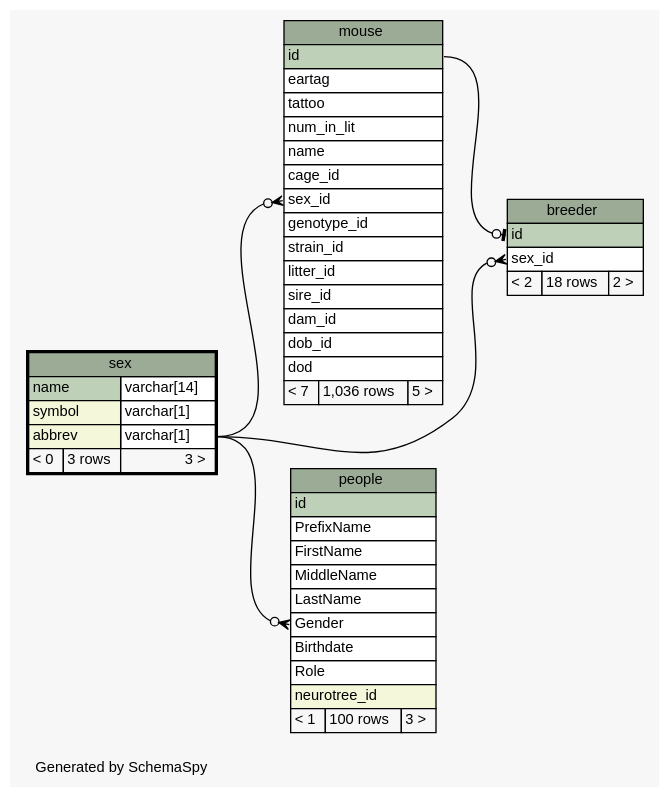
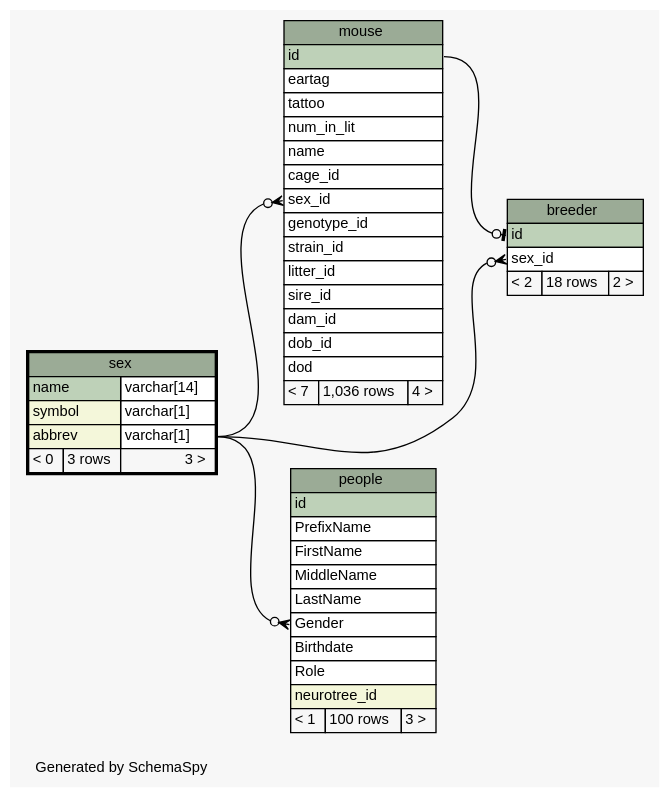
Before and after one commit to tgbugs/mlab: the diagram in database/ss/diagrams/sex.1degree.dot, drawn with Graphviz. The commit also changed 185 other files, not shown here.

```diff
--- a/database/ss/diagrams/sex.1degree.dot
+++ b/database/ss/diagrams/sex.1degree.dot
@@ -1,90 +1,90 @@
 // dot 2.32.0 on Windows 7 6.1
 // SchemaSpy rev 590
 digraph "oneDegreeRelationshipsDiagram" {
   graph [
     rankdir="RL"
     bgcolor="#f7f7f7"
     label="\nGenerated by SchemaSpy"
     labeljust="l"
     nodesep="0.18"
     ranksep="0.46"
     fontname="Helvetica"
     fontsize="11"
   ];
   node [
     fontname="Helvetica"
     fontsize="11"
     shape="plaintext"
   ];
   edge [
     arrowsize="0.8"
   ];
   "breeder":"id":w -> "mouse":"id":e [arrowhead=none dir=back arrowtail=teeodot];
   "breeder":"sex_id":w -> "sex":"abbrev.type":e [arrowhead=none dir=back arrowtail=crowodot];
   "mouse":"sex_id":w -> "sex":"abbrev.type":e [arrowhead=none dir=back arrowtail=crowodot];
   "people":"Gender":w -> "sex":"abbrev.type":e [arrowhead=none dir=back arrowtail=crowodot];
   "breeder" [
     label=<
     <TABLE BORDER="0" CELLBORDER="1" CELLSPACING="0" BGCOLOR="#ffffff">
       <TR><TD COLSPAN="3" BGCOLOR="#9bab96" ALIGN="CENTER">breeder</TD></TR>
       <TR><TD PORT="id" COLSPAN="3" BGCOLOR="#bed1b8" ALIGN="LEFT">id</TD></TR>
       <TR><TD PORT="sex_id" COLSPAN="3" ALIGN="LEFT">sex_id</TD></TR>
       <TR><TD ALIGN="LEFT" BGCOLOR="#f7f7f7">&lt; 2</TD><TD ALIGN="RIGHT" BGCOLOR="#f7f7f7">18 rows</TD><TD ALIGN="RIGHT" BGCOLOR="#f7f7f7">2 &gt;</TD></TR>
     </TABLE>>
     URL="breeder.html"
     tooltip="breeder"
   ];
   "mouse" [
     label=<
     <TABLE BORDER="0" CELLBORDER="1" CELLSPACING="0" BGCOLOR="#ffffff">
       <TR><TD COLSPAN="3" BGCOLOR="#9bab96" ALIGN="CENTER">mouse</TD></TR>
       <TR><TD PORT="id" COLSPAN="3" BGCOLOR="#bed1b8" ALIGN="LEFT">id</TD></TR>
       <TR><TD PORT="eartag" COLSPAN="3" ALIGN="LEFT">eartag</TD></TR>
       <TR><TD PORT="tattoo" COLSPAN="3" ALIGN="LEFT">tattoo</TD></TR>
       <TR><TD PORT="num_in_lit" COLSPAN="3" ALIGN="LEFT">num_in_lit</TD></TR>
       <TR><TD PORT="name" COLSPAN="3" ALIGN="LEFT">name</TD></TR>
       <TR><TD PORT="cage_id" COLSPAN="3" ALIGN="LEFT">cage_id</TD></TR>
       <TR><TD PORT="sex_id" COLSPAN="3" ALIGN="LEFT">sex_id</TD></TR>
       <TR><TD PORT="genotype_id" COLSPAN="3" ALIGN="LEFT">genotype_id</TD></TR>
       <TR><TD PORT="strain_id" COLSPAN="3" ALIGN="LEFT">strain_id</TD></TR>
       <TR><TD PORT="litter_id" COLSPAN="3" ALIGN="LEFT">litter_id</TD></TR>
       <TR><TD PORT="sire_id" COLSPAN="3" ALIGN="LEFT">sire_id</TD></TR>
       <TR><TD PORT="dam_id" COLSPAN="3" ALIGN="LEFT">dam_id</TD></TR>
       <TR><TD PORT="dob_id" COLSPAN="3" ALIGN="LEFT">dob_id</TD></TR>
       <TR><TD PORT="dod" COLSPAN="3" ALIGN="LEFT">dod</TD></TR>
-      <TR><TD ALIGN="LEFT" BGCOLOR="#f7f7f7">&lt; 7</TD><TD ALIGN="RIGHT" BGCOLOR="#f7f7f7">1,036 rows</TD><TD ALIGN="RIGHT" BGCOLOR="#f7f7f7">5 &gt;</TD></TR>
+      <TR><TD ALIGN="LEFT" BGCOLOR="#f7f7f7">&lt; 7</TD><TD ALIGN="RIGHT" BGCOLOR="#f7f7f7">1,036 rows</TD><TD ALIGN="RIGHT" BGCOLOR="#f7f7f7">4 &gt;</TD></TR>
     </TABLE>>
     URL="mouse.html"
     tooltip="mouse"
   ];
   "people" [
     label=<
     <TABLE BORDER="0" CELLBORDER="1" CELLSPACING="0" BGCOLOR="#ffffff">
       <TR><TD COLSPAN="3" BGCOLOR="#9bab96" ALIGN="CENTER">people</TD></TR>
       <TR><TD PORT="id" COLSPAN="3" BGCOLOR="#bed1b8" ALIGN="LEFT">id</TD></TR>
       <TR><TD PORT="PrefixName" COLSPAN="3" ALIGN="LEFT">PrefixName</TD></TR>
       <TR><TD PORT="FirstName" COLSPAN="3" ALIGN="LEFT">FirstName</TD></TR>
       <TR><TD PORT="MiddleName" COLSPAN="3" ALIGN="LEFT">MiddleName</TD></TR>
       <TR><TD PORT="LastName" COLSPAN="3" ALIGN="LEFT">LastName</TD></TR>
       <TR><TD PORT="Gender" COLSPAN="3" ALIGN="LEFT">Gender</TD></TR>
       <TR><TD PORT="Birthdate" COLSPAN="3" ALIGN="LEFT">Birthdate</TD></TR>
       <TR><TD PORT="Role" COLSPAN="3" ALIGN="LEFT">Role</TD></TR>
       <TR><TD PORT="neurotree_id" COLSPAN="3" BGCOLOR="#f4f7da" ALIGN="LEFT">neurotree_id</TD></TR>
       <TR><TD ALIGN="LEFT" BGCOLOR="#f7f7f7">&lt; 1</TD><TD ALIGN="RIGHT" BGCOLOR="#f7f7f7">100 rows</TD><TD ALIGN="RIGHT" BGCOLOR="#f7f7f7">3 &gt;</TD></TR>
     </TABLE>>
     URL="people.html"
     tooltip="people"
   ];
   "sex" [
     label=<
     <TABLE BORDER="2" CELLBORDER="1" CELLSPACING="0" BGCOLOR="#ffffff">
       <TR><TD COLSPAN="3" BGCOLOR="#9bab96" ALIGN="CENTER">sex</TD></TR>
       <TR><TD PORT="name" COLSPAN="2" BGCOLOR="#bed1b8" ALIGN="LEFT">name</TD><TD PORT="name.type" ALIGN="LEFT">varchar[14]</TD></TR>
       <TR><TD PORT="symbol" COLSPAN="2" BGCOLOR="#f4f7da" ALIGN="LEFT">symbol</TD><TD PORT="symbol.type" ALIGN="LEFT">varchar[1]</TD></TR>
       <TR><TD PORT="abbrev" COLSPAN="2" BGCOLOR="#f4f7da" ALIGN="LEFT">abbrev</TD><TD PORT="abbrev.type" ALIGN="LEFT">varchar[1]</TD></TR>
       <TR><TD ALIGN="LEFT" BGCOLOR="#f7f7f7">&lt; 0</TD><TD ALIGN="RIGHT" BGCOLOR="#f7f7f7">3 rows</TD><TD ALIGN="RIGHT" BGCOLOR="#f7f7f7">3 &gt;</TD></TR>
     </TABLE>>
     URL="sex.html"
     tooltip="sex"
   ];
 }
```
